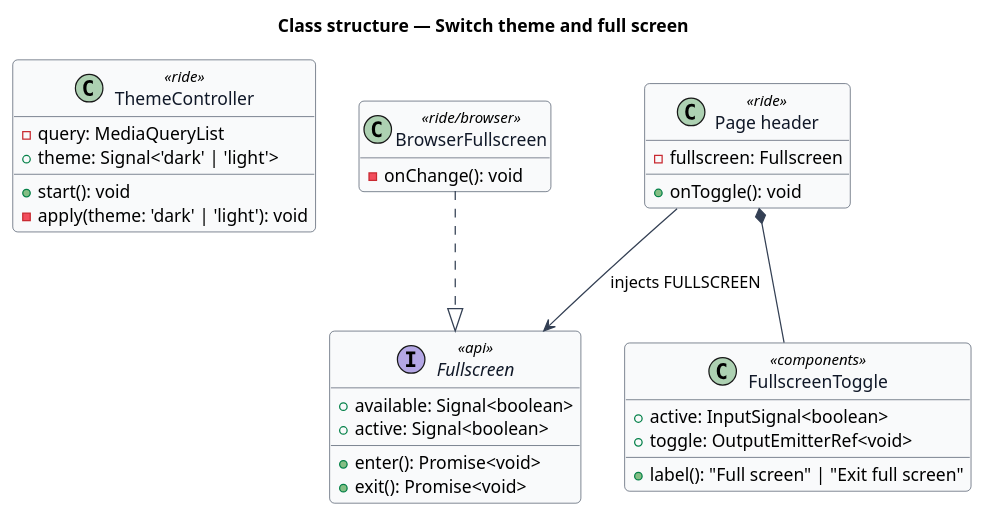
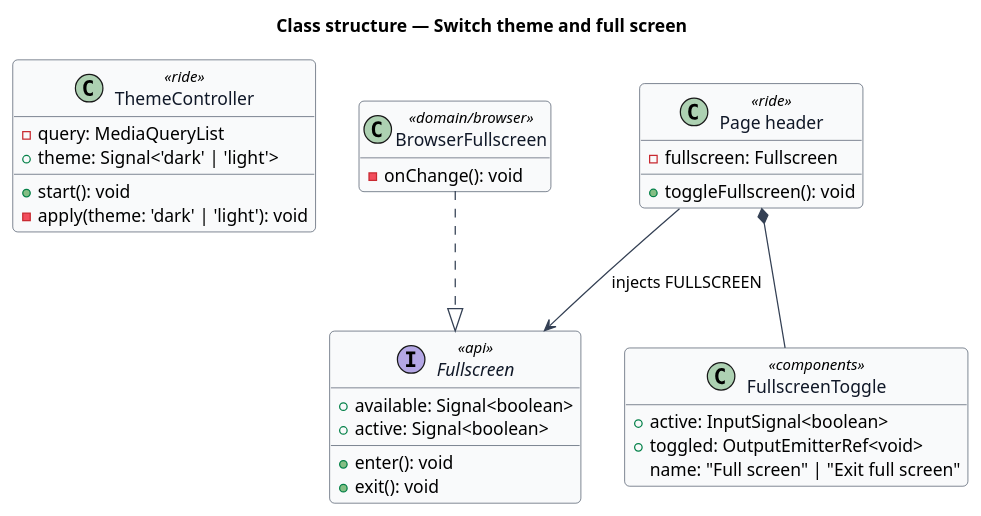
One commit to QuinntyneBrown/ride-one changed the diagram in docs/detailed-designs/ui/switch-theme-and-full-screen/diagrams/class-structure.puml. Above: the diagram before and after it, drawn with PlantUML. The commit also changed 27 other files, not shown here.

First line of the commit message:
Offer Full screen in the app header (slice 13.1)

```diff
--- a/docs/detailed-designs/ui/switch-theme-and-full-screen/diagrams/class-structure.puml
+++ b/docs/detailed-designs/ui/switch-theme-and-full-screen/diagrams/class-structure.puml
@@ -1,44 +1,44 @@
 @startuml
 ' --- shared skin header ---
 skinparam backgroundColor #FFFFFF
 skinparam shadowing false
 skinparam roundcorner 8
 skinparam defaultFontName Arial
 skinparam ArrowColor #344054
 skinparam class {
   BorderColor #344054
   FontColor #101828
   BackgroundColor #F9FAFB
 }
 ' --------------------------
 title Class structure — Switch theme and full screen
 hide empty members
 
 class ThemeController <<ride>> {
   -query: MediaQueryList
   +theme: Signal<'dark' | 'light'>
   +start(): void
   -apply(theme: 'dark' | 'light'): void
 }
 interface Fullscreen <<api>> {
   +available: Signal<boolean>
   +active: Signal<boolean>
-  +enter(): Promise<void>
-  +exit(): Promise<void>
+  +enter(): void
+  +exit(): void
 }
-class BrowserFullscreen <<ride/browser>> {
+class BrowserFullscreen <<domain/browser>> {
   -onChange(): void
 }
 class FullscreenToggle <<components>> {
   +active: InputSignal<boolean>
-  +toggle: OutputEmitterRef<void>
-  +label(): "Full screen" | "Exit full screen"
+  +toggled: OutputEmitterRef<void>
+  name: "Full screen" | "Exit full screen"
 }
 class "Page header" as Header <<ride>> {
   -fullscreen: Fullscreen
-  +onToggle(): void
+  +toggleFullscreen(): void
 }
 BrowserFullscreen ..|> Fullscreen
 Header --> Fullscreen : injects FULLSCREEN
 Header *-- FullscreenToggle
 @enduml
```
